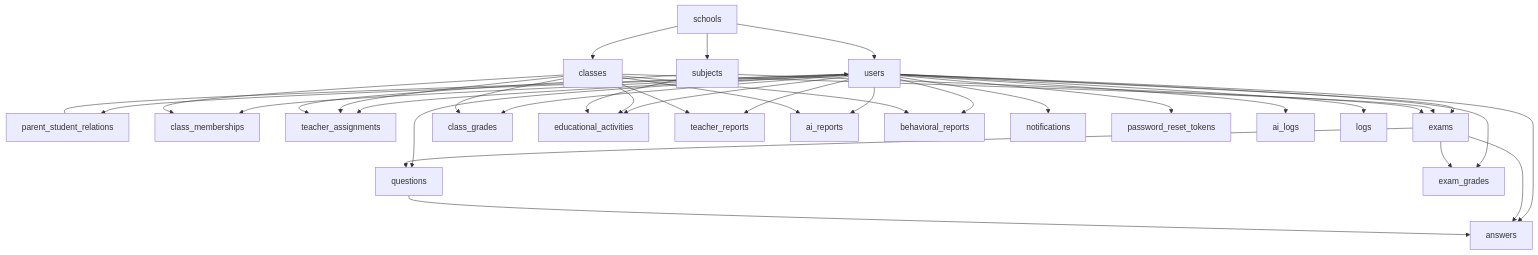
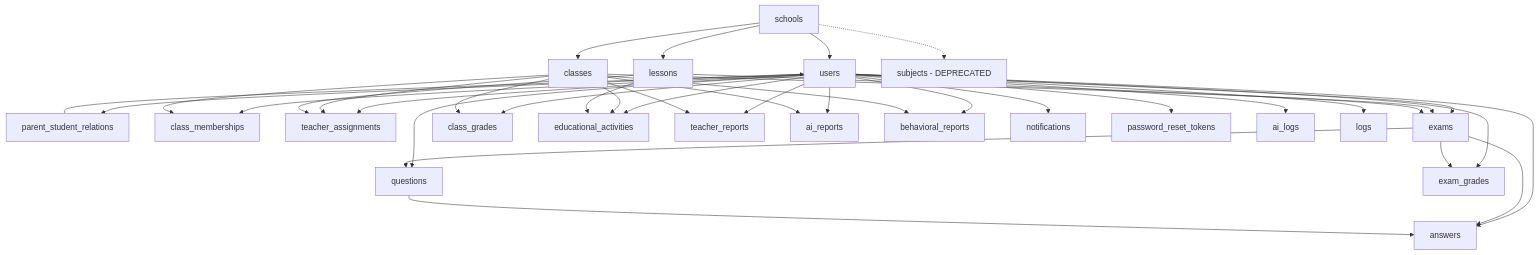
The first of 3 diagrams in docs/DATABASE_STRUCTURE.md (Pishgaman-ai/kama), drawn with Mermaid before and after one commit. The commit also changed other lines of this file and 32 other files, not shown here.

````diff
--- a/docs/DATABASE_STRUCTURE.md
+++ b/docs/DATABASE_STRUCTURE.md
@@ -570,39 +1126,40 @@
 ```mermaid
 graph TD
     schools --> users
     schools --> classes
-    schools --> subjects
+    schools --> lessons
+    schools -.-> subjects[subjects - DEPRECATED]
     users --> parent_student_relations
     users --> class_memberships
     users --> teacher_assignments
     users --> exams
     users --> questions
     users --> answers
     users --> exam_grades
     users --> class_grades
     users --> educational_activities
     users --> teacher_reports
     users --> ai_reports
     users --> behavioral_reports
     users --> notifications
     users --> password_reset_tokens
     users --> ai_logs
     users --> logs
     classes --> class_memberships
     classes --> teacher_assignments
     classes --> exams
     classes --> class_grades
     classes --> educational_activities
     classes --> teacher_reports
     classes --> ai_reports
     classes --> behavioral_reports
-    subjects --> teacher_assignments
-    subjects --> exams
-    subjects --> educational_activities
+    lessons --> teacher_assignments
+    lessons --> exams
+    lessons --> educational_activities
     exams --> questions
     exams --> answers
     exams --> exam_grades
     questions --> answers
     parent_student_relations --> users
 
 ```
````
